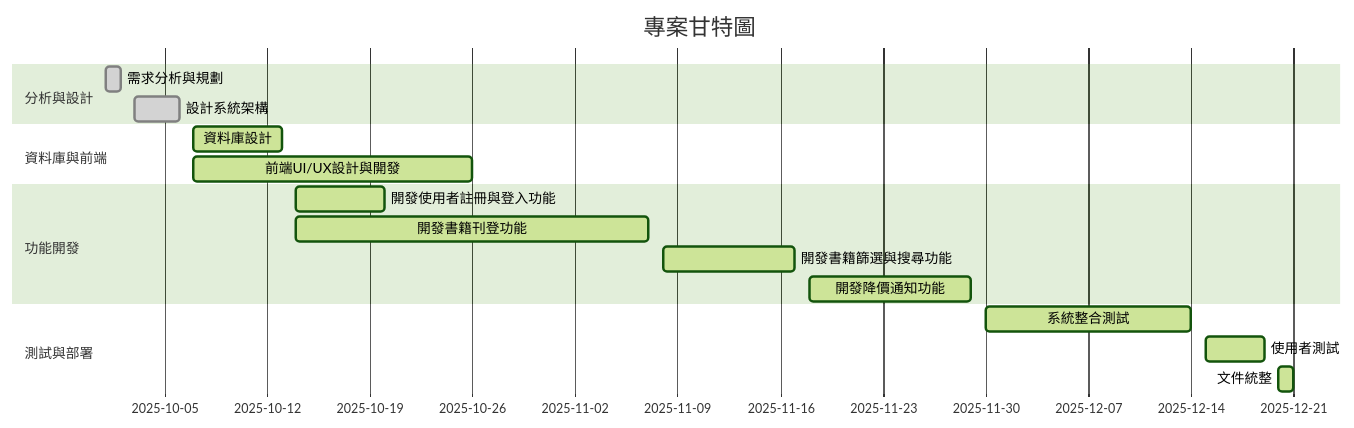
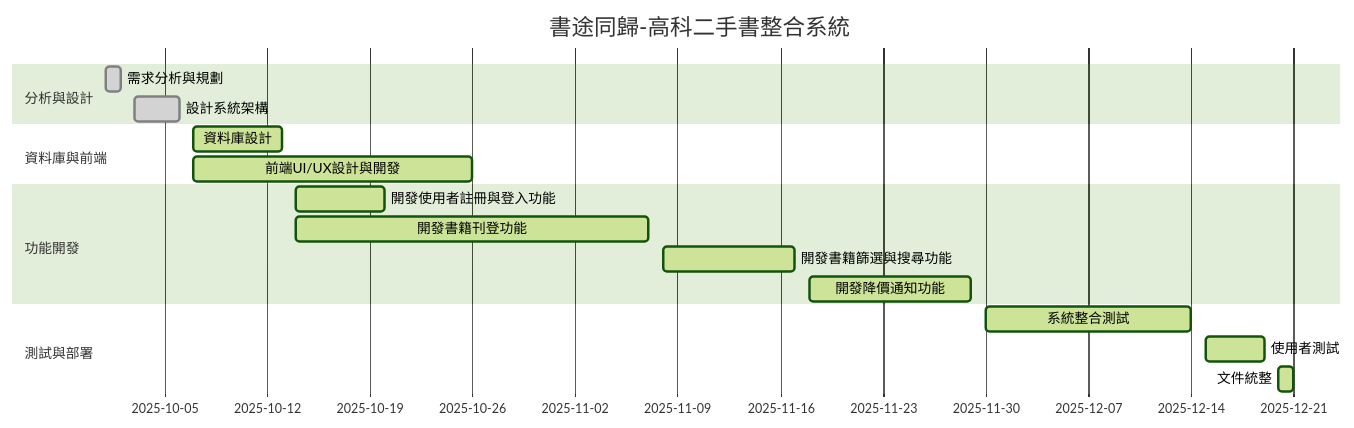
The diagram in plan.md (TEAM14-0633/team14_introduce), drawn with Mermaid (forest theme) before and after one commit.

````diff
--- a/plan.md
+++ b/plan.md
@@ -20,24 +20,24 @@
 ``` mermaid
 gantt
-    title 專案甘特圖
+    title 書途同歸-高科二手書整合系統
     dateFormat  YYYY-MM-DD
     section 分析與設計
     需求分析與規劃          :done, task1, 2025-10-01, 2025-10-02
     設計系統架構            :done, task2, 2025-10-03, 2025-10-06
 
     section 資料庫與前端
     資料庫設計              :active, task3, 2025-10-07, 2025-10-13
     前端UI/UX設計與開發     :active, task8, 2025-10-07, 2025-10-26
 
     section 功能開發
     開發使用者註冊與登入功能 :active, task4, 2025-10-14, 2025-10-20
     開發書籍刊登功能         :active, task5, 2025-10-14, 2025-11-07
     開發書籍篩選與搜尋功能   :active, task6, 2025-11-08, 2025-11-17
     開發降價通知功能         :active, task7, 2025-11-18, 2025-11-29
 
     section 測試與部署
     系統整合測試            :active, task9, 2025-11-30, 2025-12-14
     使用者測試              :active, task10, 2025-12-15, 2025-12-19
     文件統整                :active, task11, 2025-12-20, 2025-12-21
 
 ```
````
